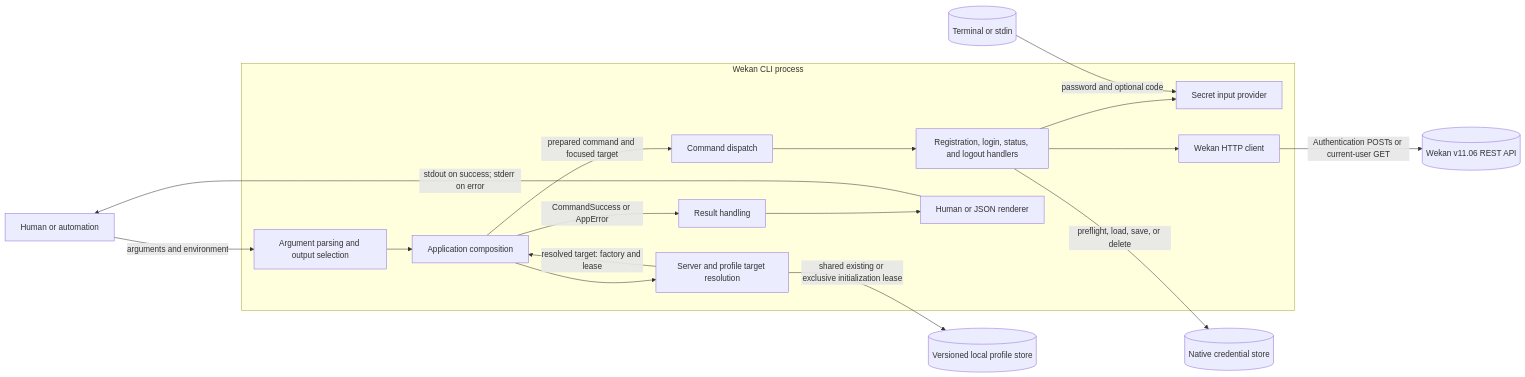
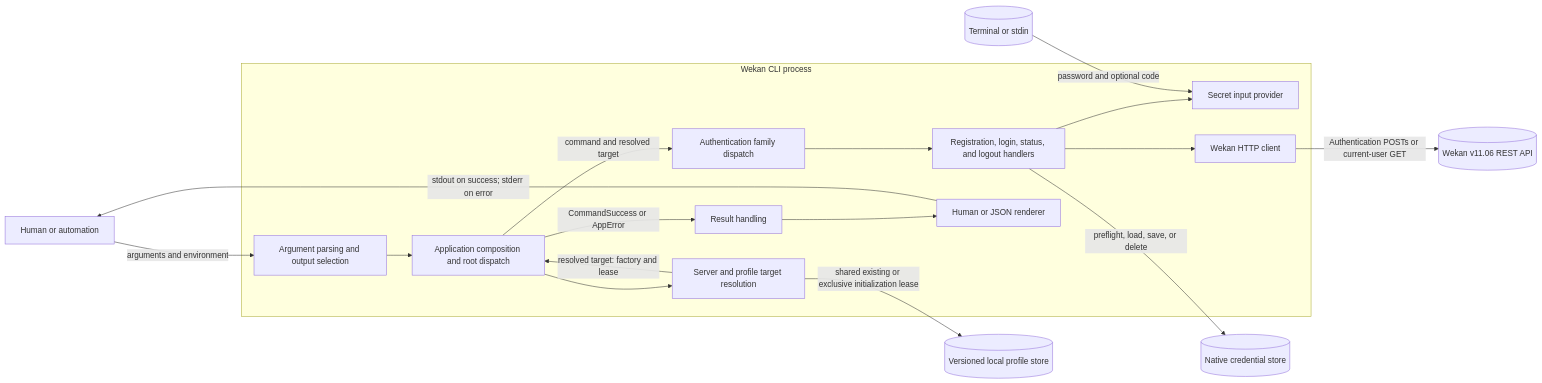
The first of 11 diagrams in docs/auth-architecture.md (AhmedLukman/wekan-cli), drawn with Mermaid before and after one commit. The commit also changed other lines of this file and 12 other files, not shown here.

Commit message:
refactor: centralize target preparation and root command dispatch

````diff
--- a/docs/auth-architecture.md
+++ b/docs/auth-architecture.md
@@ -15,37 +15,37 @@
 ```mermaid
 flowchart LR
     caller[Human or automation]
 
     subgraph cli[Wekan CLI process]
         entry[Argument parsing and output selection]
-        app[Application composition]
+        app[Application composition and root dispatch]
         resolver[Server and profile target resolution]
-        dispatch[Command dispatch]
+        dispatch[Authentication family dispatch]
         handlers[Registration, login, status, and logout handlers]
         secrets[Secret input provider]
         client[Wekan HTTP client]
         result[Result handling]
         output[Human or JSON renderer]
     end
 
     input[(Terminal or stdin)]
     wekan[(Wekan v11.06 REST API)]
     vault[(Native credential store)]
     profiles[(Versioned local profile store)]
 
     caller -->|arguments and environment| entry
     entry --> app
     app --> resolver
     resolver -->|shared existing or exclusive initialization lease| profiles
     resolver -->|resolved target: factory and lease| app
-    app -->|prepared command and focused target| dispatch
+    app -->|command and resolved target| dispatch
     dispatch --> handlers
     handlers --> secrets
     input -->|password and optional code| secrets
     handlers --> client
     client -->|Authentication POSTs or current-user GET| wekan
     handlers -->|preflight, load, save, or delete| vault
     app -->|CommandSuccess or AppError| result
     result --> output
     output -->|stdout on success; stderr on error| caller
 ```
````
